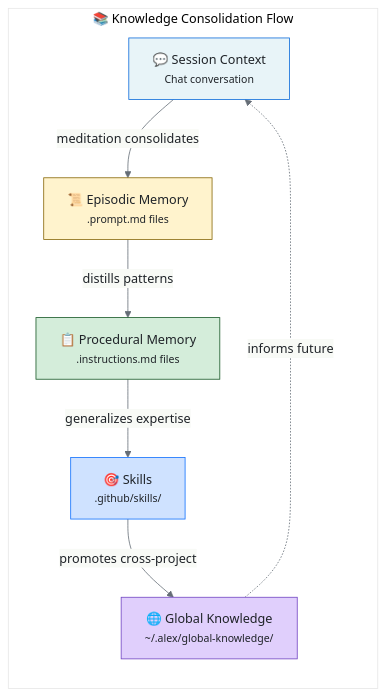
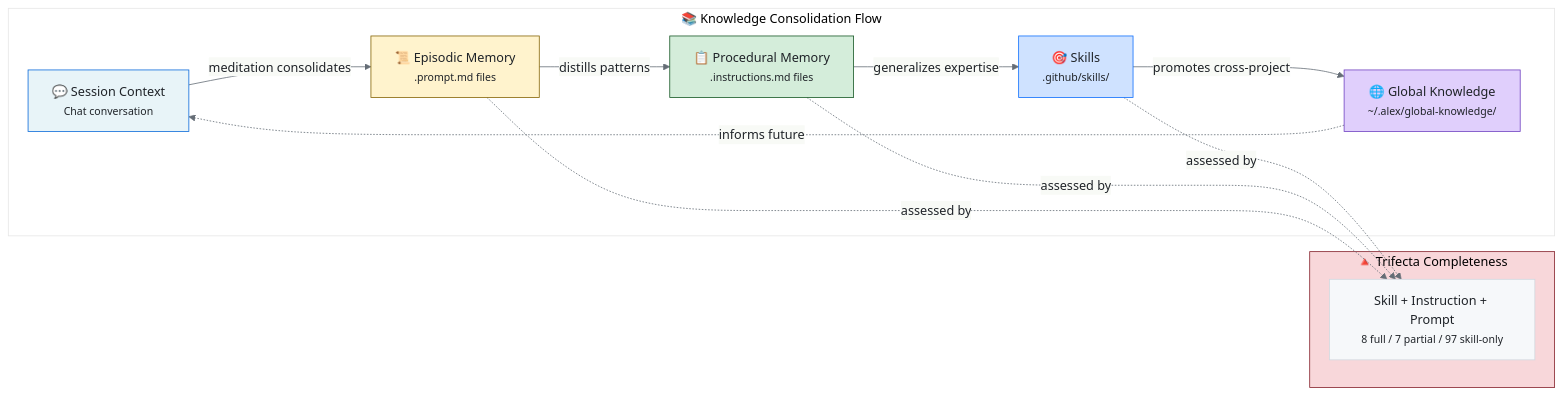
The fourth of 6 diagrams in alex_docs/skills/SKILLS-CATALOG.md (fabioc-aloha/Alex_Plug_In), drawn with Mermaid before and after one commit. The commit also changed other lines of this file and 52 other files, not shown here.

````diff
--- a/alex_docs/skills/SKILLS-CATALOG.md
+++ b/alex_docs/skills/SKILLS-CATALOG.md
@@ -676,23 +747,29 @@
 ```mermaid
 %%{init: {'theme': 'base', 'themeVariables': { 'primaryColor': '#f6f8fa', 'primaryTextColor': '#1f2328', 'primaryBorderColor': '#d1d9e0', 'lineColor': '#656d76'}}}%%
 flowchart LR
     subgraph Flow["📚 Knowledge Consolidation Flow"]
         SESSION["💬 Session Context<br/><small>Chat conversation</small>"]
         EPISODIC["📜 Episodic Memory<br/><small>.prompt.md files</small>"]
         PROCEDURAL["📋 Procedural Memory<br/><small>.instructions.md files</small>"]
         SKILLS["🎯 Skills<br/><small>.github/skills/</small>"]
         GLOBAL["🌐 Global Knowledge<br/><small>~/.alex/global-knowledge/</small>"]
     end
 
+    subgraph Trifecta["🔺 Trifecta Completeness"]
+        TRI["Skill + Instruction + Prompt<br/><small>8 full / 7 partial / 97 skill-only</small>"]
+    end
+
     SESSION -->|"meditation consolidates"| EPISODIC
     EPISODIC -->|"distills patterns"| PROCEDURAL
     PROCEDURAL -->|"generalizes expertise"| SKILLS
     SKILLS -->|"promotes cross-project"| GLOBAL
     GLOBAL -.->|"informs future"| SESSION
+    SKILLS & PROCEDURAL & EPISODIC -.->|"assessed by"| TRI
 
     style SESSION fill:#e8f4f8,stroke:#0969da
     style EPISODIC fill:#fff3cd,stroke:#856404
     style PROCEDURAL fill:#d4edda,stroke:#155724
     style SKILLS fill:#cfe2ff,stroke:#0d6efd
     style GLOBAL fill:#e0cffc,stroke:#6f42c1
+    style Trifecta fill:#f8d7da,stroke:#842029
 ```
````
